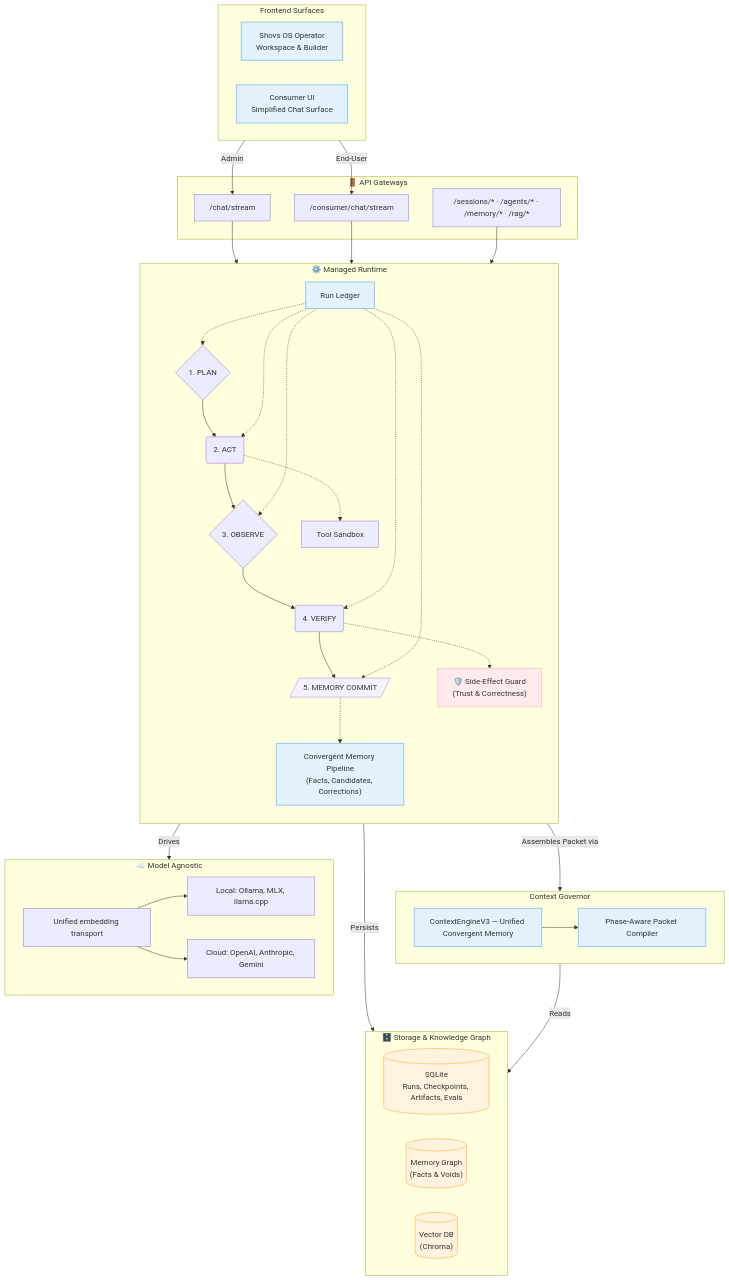
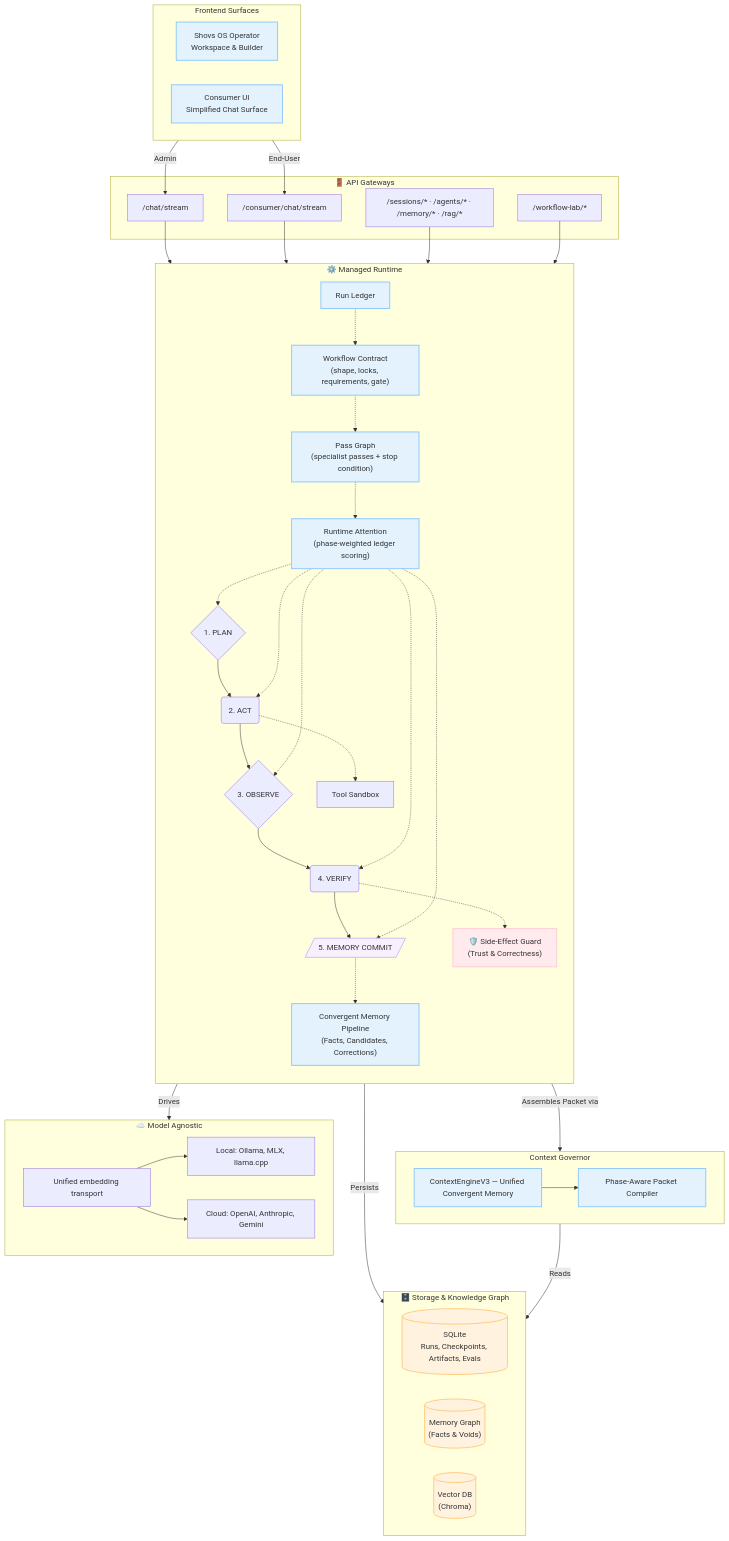
Before and after one commit to theshovonsaha/shovsOS: the second of 2 diagrams in README.md, drawn with Mermaid. The commit also changed other lines of this file and 99 other files, not shown here.

````diff
--- a/README.md
+++ b/README.md
@@ -108,61 +137,68 @@
 ```mermaid
 flowchart TD
   classDef magic fill:#f9f0ff,stroke:#d0bdf4,stroke-width:2px,color:#333
   classDef guard fill:#ffebee,stroke:#ffcdd2,stroke-width:2px,color:#333
   classDef storage fill:#fff3e0,stroke:#ffcc80,stroke-width:2px,color:#333
   classDef tech fill:#e3f2fd,stroke:#90caf9,stroke-width:2px,color:#333
 
   subgraph FRONTEND["Frontend Surfaces"]
     direction LR
     A1["Shovs OS Operator<br/>Workspace & Builder"]:::tech
     A2["Consumer UI<br/>Simplified Chat Surface"]:::tech
   end
 
   subgraph FastAPI_ENTRYPOINTS["🚪 API Gateways"]
-    B1["/chat/stream"]
-    B2["/consumer/chat/stream"]
-    B3["/sessions/* · /agents/* · /memory/* · /rag/*"]
+  B1["/chat/stream"]
+  B2["/consumer/chat/stream"]
+  B3["/sessions/* · /agents/* · /memory/* · /rag/*"]
+  B4["/workflow-lab/*"]
   end
 
   subgraph RunEngine["⚙️ Managed Runtime"]
     direction TB
     C0["Run Ledger"]:::tech
+    C01["Workflow Contract<br/>(shape, locks, requirements, gate)"]:::tech
+    C02["Pass Graph<br/>(specialist passes + stop condition)"]:::tech
+    C00["Runtime Attention<br/>(phase-weighted ledger scoring)"]:::tech
     C1{"1. PLAN"} --> C2("2. ACT") --> C3{"3. OBSERVE"} --> C4("4. VERIFY") --> C5[/"5. MEMORY COMMIT"/]:::magic
-    C0 -.-> C1 & C2 & C3 & C4 & C5
+    C0 -.-> C01
+    C01 -.-> C02
+    C02 -.-> C00
+    C00 -.-> C1 & C2 & C3 & C4 & C5
     
     C2 -.-> C6["Tool Sandbox"]
     C4 -.-> C8["🛡️ Side-Effect Guard<br/>(Trust & Correctness)"]:::guard
     C5 -.-> C9["Convergent Memory Pipeline<br/>(Facts, Candidates, Corrections)"]:::tech
   end
 
   subgraph CONTEXT_GOVERNOR["Context Governor"]
     D1["ContextEngineV3 — Unified Convergent Memory"]:::tech
     D2["Phase-Aware Packet Compiler"]:::tech
     D1 --> D2
   end
 
   subgraph STORAGE_TOPOLOGY["🗄️ Storage & Knowledge Graph"]
     direction LR
     F1[("SQLite<br/>Runs, Checkpoints, Artifacts, Evals")]:::storage
     F6[("Memory Graph<br/>(Facts & Voids)")]:::storage
     F8[("Vector DB<br/>(Chroma)")]:::storage
   end
 
   subgraph PROVIDERS["☁️ Model Agnostic"]
     G1["Local: Ollama, MLX, llama.cpp"]
     G2["Cloud: OpenAI, Anthropic, Gemini"]
     G3["Unified embedding transport"]
     G3 --> G1 & G2
   end
 
   %% Flow
   A1 -->|Admin| B1
   A2 -->|End-User| B2
-  B1 & B2 & B3 --> RunEngine
+  B1 & B2 & B3 & B4 --> RunEngine
   
   RunEngine -->|Drives| PROVIDERS
   RunEngine -->|Persists| STORAGE_TOPOLOGY
   
   CONTEXT_GOVERNOR -->|Reads| STORAGE_TOPOLOGY
   RunEngine -->|Assembles Packet via| CONTEXT_GOVERNOR
 ```
````
